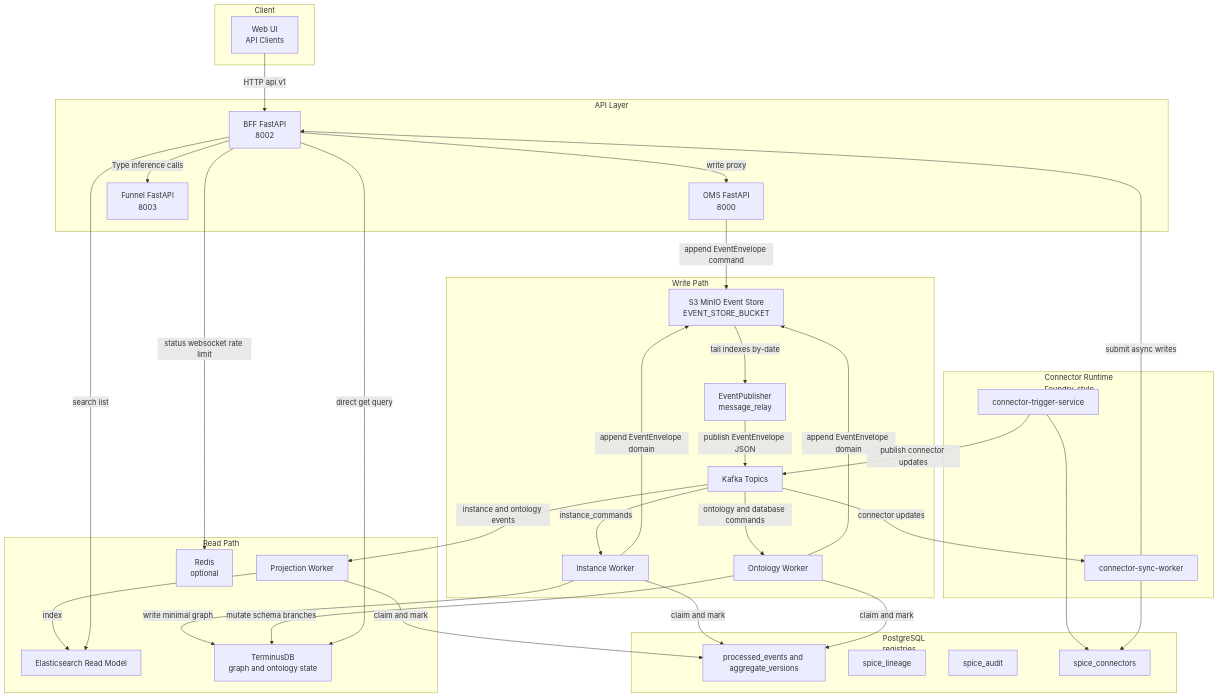
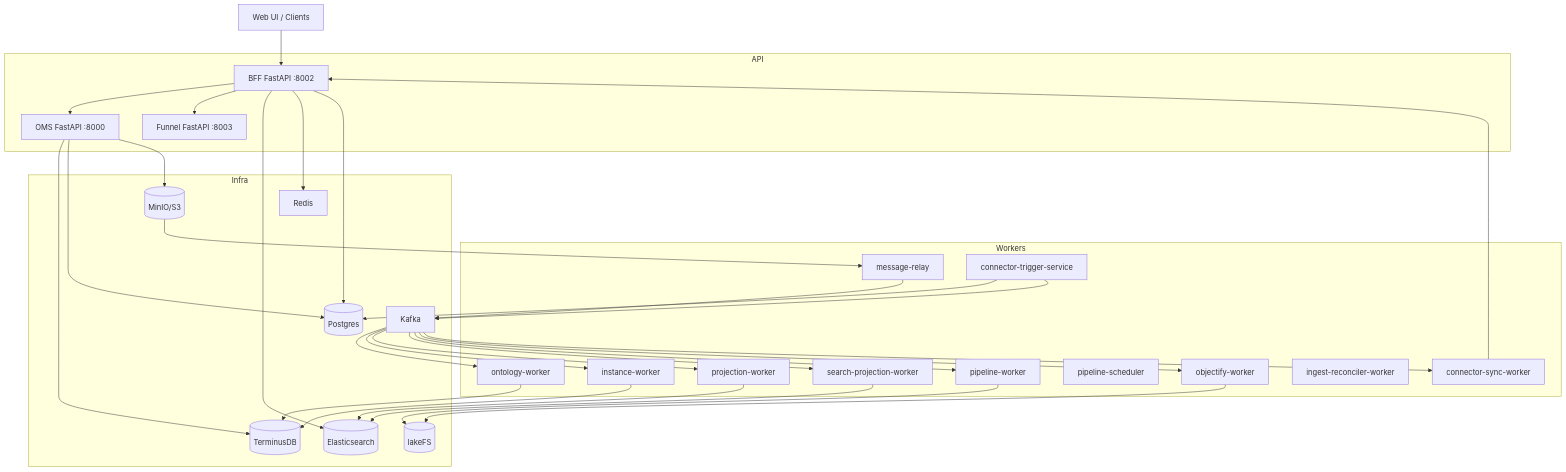
One commit to ludia8888/SPICE-Harvester changed the first of 2 diagrams in docs/ARCHITECTURE.md. Above: the diagram before and after it, drawn with Mermaid. The commit also changed other lines of this file and 8 other files, not shown here.

````diff
--- a/docs/ARCHITECTURE.md
+++ b/docs/ARCHITECTURE.md
@@ -97,72 +19,69 @@
 ```mermaid
 graph TD
-  subgraph Client
-    UI["Web UI<br/>API Clients"]
+  UI[Web UI / Clients]
+
+  subgraph API
+    BFF[BFF FastAPI :8002]
+    OMS[OMS FastAPI :8000]
+    FUNNEL[Funnel FastAPI :8003]
   end
 
-  subgraph API["API Layer"]
-    BFF["BFF FastAPI<br/>8002"]
-    OMS["OMS FastAPI<br/>8000"]
-    Funnel["Funnel FastAPI<br/>8003"]
+  subgraph Workers
+    MSG[message-relay]
+    OW[ontology-worker]
+    IW[instance-worker]
+    PW[projection-worker]
+    SPW[search-projection-worker]
+    PLW[pipeline-worker]
+    PLS[pipeline-scheduler]
+    OBJ[objectify-worker]
+    ING[ingest-reconciler-worker]
+    CTS[connector-trigger-service]
+    CSW[connector-sync-worker]
   end
 
-  subgraph WritePath["Write Path"]
-    ESStore["S3 MinIO Event Store<br/>EVENT_STORE_BUCKET"]
-    Relay["EventPublisher<br/>message_relay"]
-    Kafka[Kafka Topics]
-    IW[Instance Worker]
-    OW[Ontology Worker]
+  subgraph Infra
+    PG[(Postgres)]
+    TDB[(TerminusDB)]
+    KAF[Kafka]
+    RED[Redis]
+    ES[(Elasticsearch)]
+    S3[(MinIO/S3)]
+    LFS[(lakeFS)]
   end
 
-  subgraph ReadPath["Read Path"]
-    PW[Projection Worker]
-    ES[Elasticsearch Read Model]
-    TDB["TerminusDB<br/>graph and ontology state"]
-    Redis["Redis<br/>optional"]
-  end
+  UI --> BFF
+  BFF --> OMS
+  BFF --> FUNNEL
 
-  subgraph Postgres["PostgreSQL<br/>registries"]
-    PER[processed_events and aggregate_versions]
-    LIN[spice_lineage]
-    AUD[spice_audit]
-    CONN[spice_connectors]
-  end
+  OMS --> TDB
+  OMS --> PG
+  OMS --> S3
 
-  subgraph ConnectorRuntime["Connector Runtime<br/>Foundry-style"]
-    CT[connector-trigger-service]
-    CS[connector-sync-worker]
-  end
+  MSG --> KAF
+  S3 --> MSG
 
-  UI -->|HTTP api v1| BFF
-  BFF -->|write proxy| OMS
-  BFF -->|Type inference calls| Funnel
+  KAF --> OW
+  KAF --> IW
+  KAF --> PW
+  KAF --> SPW
+  KAF --> PLW
+  KAF --> OBJ
+  KAF --> CSW
 
-  OMS -->|append EventEnvelope command| ESStore
-  ESStore -->|tail indexes by-date| Relay
-  Relay -->|publish EventEnvelope JSON| Kafka
+  OW --> TDB
+  IW --> TDB
+  PW --> ES
+  SPW --> ES
 
-  Kafka -->|instance_commands| IW
-  Kafka -->|ontology and database commands| OW
+  PLW --> LFS
+  OBJ --> LFS
 
-  IW -->|claim and mark| PER
-  OW -->|claim and mark| PER
-  PW -->|claim and mark| PER
+  CTS --> PG
+  CTS --> KAF
+  CSW --> BFF
 
-  IW -->|write minimal graph| TDB
-  OW -->|mutate schema branches| TDB
-  IW -->|append EventEnvelope domain| ESStore
-  OW -->|append EventEnvelope domain| ESStore
-
-  Kafka -->|instance and ontology events| PW
-  PW -->|index| ES
-
-  BFF -->|search list| ES
-  BFF -->|direct get query| TDB
-  BFF -->|status websocket rate limit| Redis
-
-  CT --> CONN
-  CS --> CONN
-  CT -->|publish connector updates| Kafka
-  Kafka -->|connector updates| CS
-  CS -->|submit async writes| BFF
+  BFF --> ES
+  BFF --> RED
+  BFF --> PG
 ```
````
